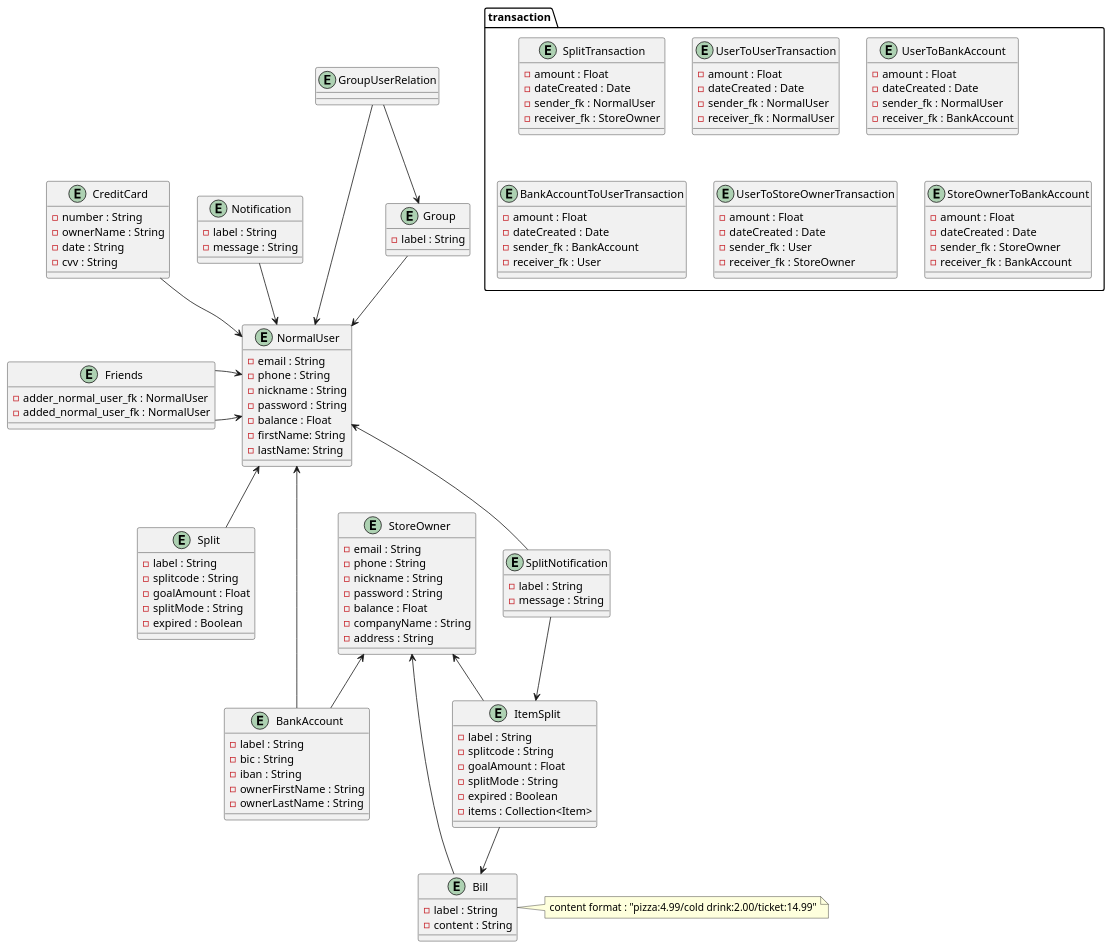
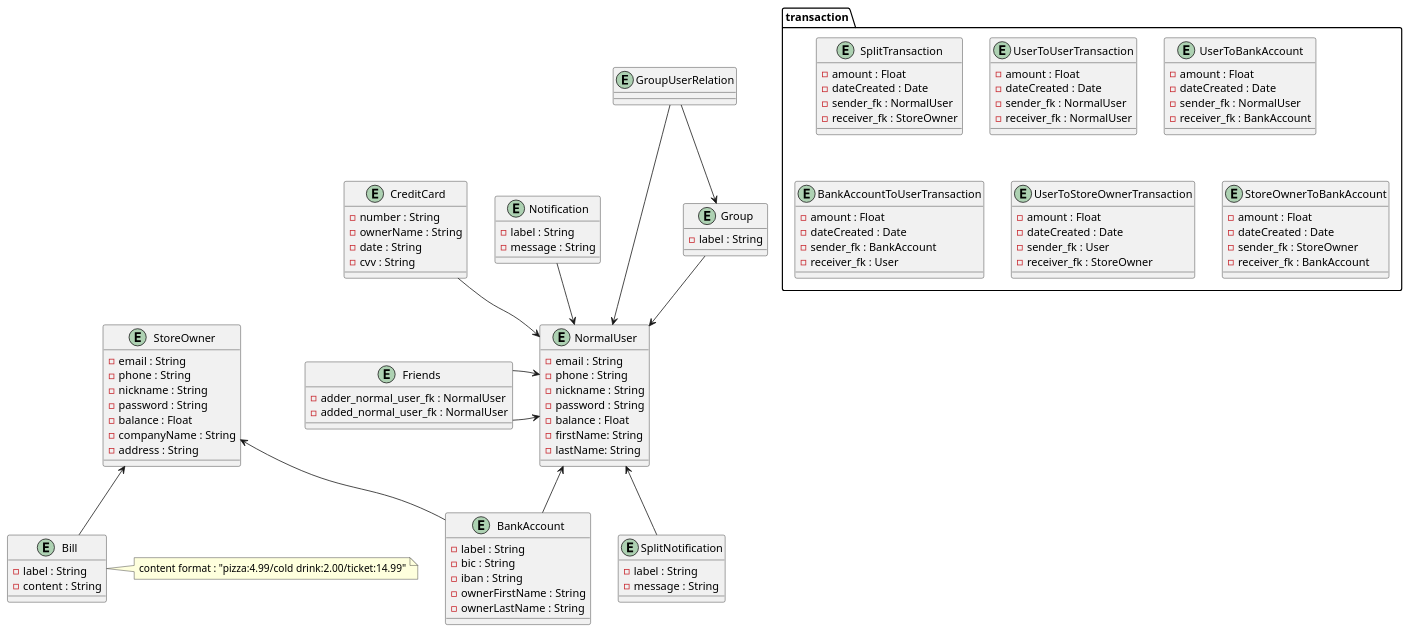
Before and after one commit to Julien-Wiegandt/SplitPay: the diagram in documentation/database/mysql/mysql_db_class_diagram.puml, drawn with PlantUML.

Commit message:
Removed split tables

```diff
--- a/documentation/database/mysql/mysql_db_class_diagram.puml
+++ b/documentation/database/mysql/mysql_db_class_diagram.puml
@@ -1,158 +1,134 @@
 @startuml domain_analysis
 
 entity BankAccount {
   - label : String
   - bic : String
   - iban : String
   - ownerFirstName : String
   - ownerLastName : String
-}
-
-entity Split {
-  - label : String
-  - splitcode : String
-  - goalAmount : Float
-  - splitMode : String
-  - expired : Boolean
-}
-
-entity ItemSplit {
-    - label : String
-    - splitcode : String
-    - goalAmount : Float
-    - splitMode : String
-    - expired : Boolean
-    - items : Collection<Item>
 }
 
 entity Bill {
   - label : String
   - content : String
 }
 
 note right of Bill
 content format : "pizza:4.99/cold drink:2.00/ticket:14.99"
 endnote
 
 
 entity Notification {
   - label : String
   - message : String
 }
 
 entity SplitNotification {
     - label : String
     - message : String
 }
 
 entity Group {
   - label : String
 }
 
 entity CreditCard {
   - number : String
   - ownerName : String
   - date : String
   - cvv : String
 }
 
 entity NormalUser {
     - email : String
     - phone : String
     - nickname : String
     - password : String
     - balance : Float
     - firstName: String
     - lastName: String
 }
 
 entity StoreOwner {
     - email : String
     - phone : String
     - nickname : String
     - password : String
     - balance : Float
     - companyName : String
     - address : String
 }
 
 package transaction <<Folder>> {
 
     entity SplitTransaction{
         - amount : Float
         - dateCreated : Date
         - sender_fk : NormalUser
         - receiver_fk : StoreOwner
     }
 
     entity UserToUserTransaction {
         - amount : Float
         - dateCreated : Date
         - sender_fk : NormalUser
         - receiver_fk : NormalUser
         }
 
 
     entity UserToBankAccount {
         - amount : Float
         - dateCreated : Date
         - sender_fk : NormalUser
         - receiver_fk : BankAccount
     }
 
     entity BankAccountToUserTransaction{
         - amount : Float
         - dateCreated : Date
         - sender_fk : BankAccount
         - receiver_fk : User
     }
 
     entity UserToStoreOwnerTransaction {
         - amount : Float
         - dateCreated : Date
         - sender_fk : User
         - receiver_fk : StoreOwner
     }
 
     entity StoreOwnerToBankAccount {
         - amount : Float
         - dateCreated : Date
         - sender_fk : StoreOwner
         - receiver_fk : BankAccount
     }
 }
 
 entity GroupUserRelation{
 
 }
 
 entity Friends {
     - adder_normal_user_fk : NormalUser
     - added_normal_user_fk : NormalUser
 }
 
 GroupUserRelation --> Group
 GroupUserRelation --> NormalUser
 
 NormalUser <-- BankAccount
 StoreOwner <-- BankAccount
 
-NormalUser <-- Split
-StoreOwner <-- ItemSplit
-
-
 NormalUser <-up- Notification
 NormalUser <--  SplitNotification
 NormalUser <-up- CreditCard
 
 Friends -> NormalUser
 Friends -> NormalUser
 
-ItemSplit -->  Bill
-SplitNotification -->  ItemSplit
-
 
 Group -->  NormalUser
 StoreOwner  <-- Bill
 
 @enduml
```
